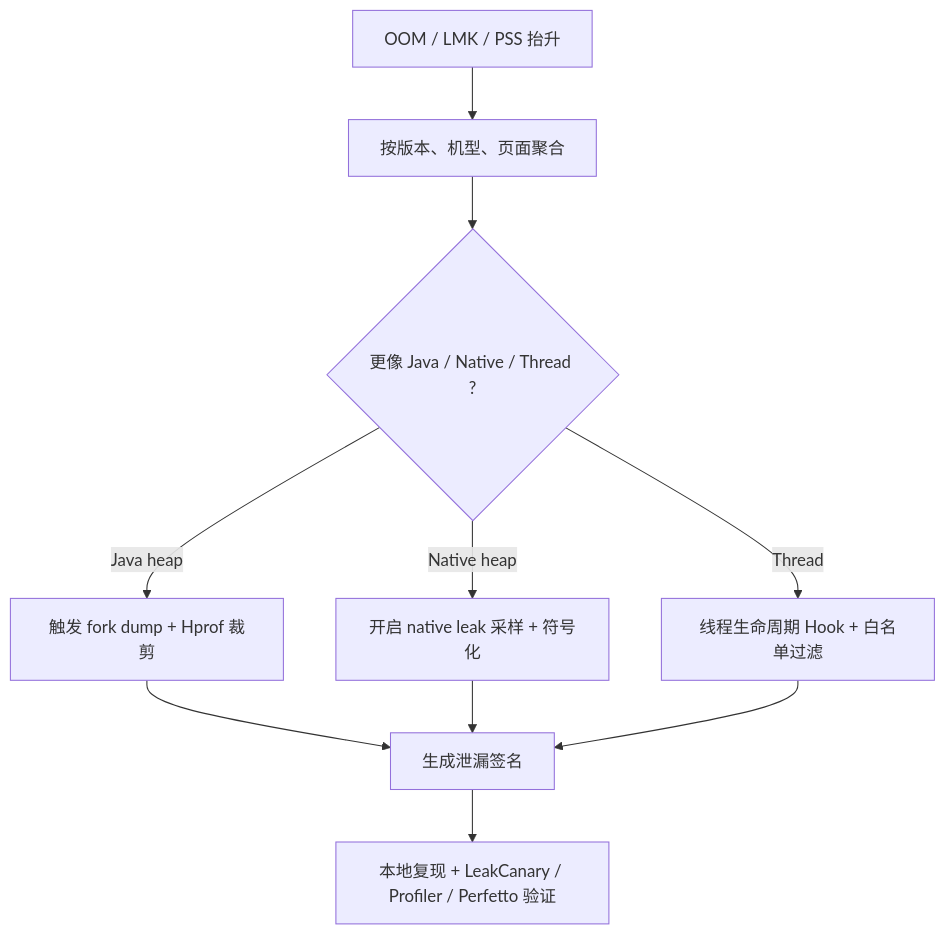
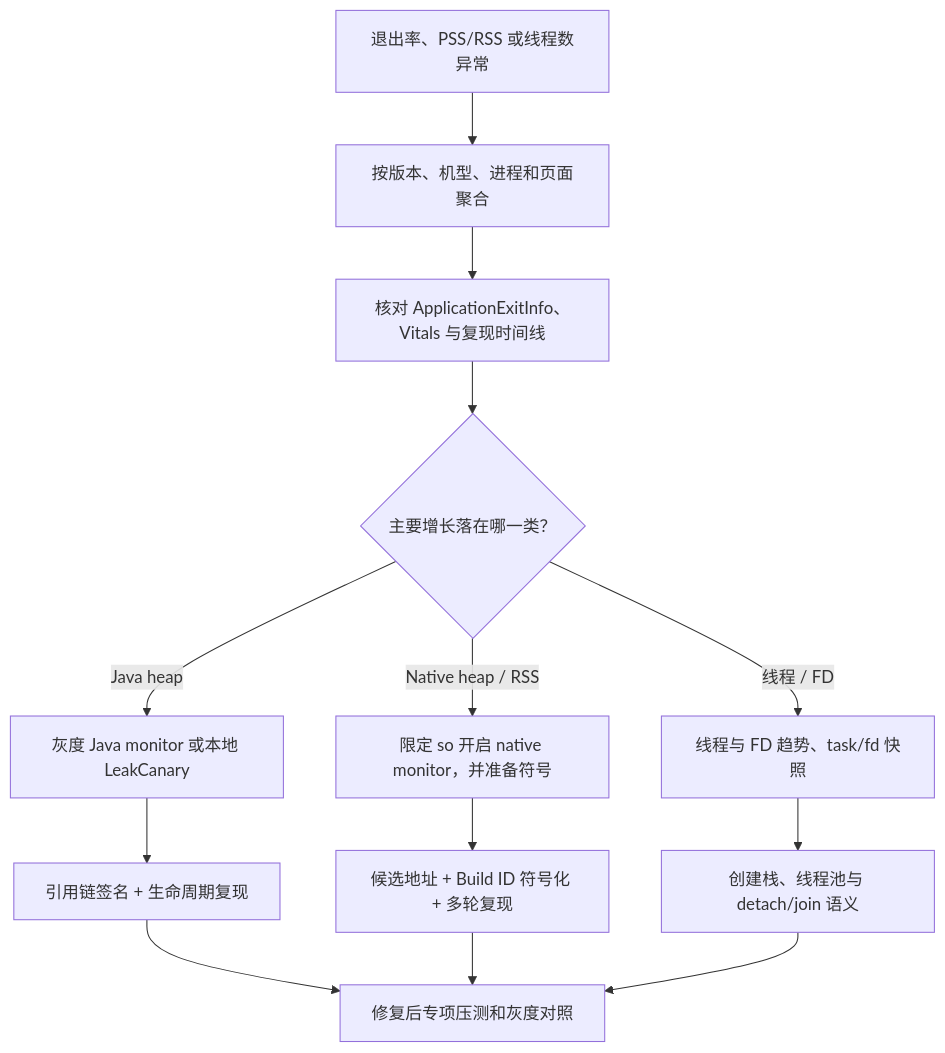
Before and after one commit to Gracker/android-internals-wiki: the diagram in src/part3-tools/ch19-apm/03-koom.md, drawn with Mermaid. The commit also changed other lines of this file, not shown here.

````diff
--- a/src/part3-tools/ch19-apm/03-koom.md
+++ b/src/part3-tools/ch19-apm/03-koom.md
@@ -242,12 +201,15 @@
 ```mermaid
 flowchart TD
-    A["OOM / LMK / PSS 抬升"] --> B["按版本、机型、页面聚合"]
-    B --> C{"更像 Java / Native / Thread ?"}
-    C -->|Java heap| D["触发 fork dump + Hprof 裁剪"]
-    C -->|Native heap| E["开启 native leak 采样 + 符号化"]
-    C -->|Thread| F["线程生命周期 Hook + 白名单过滤"]
-    D --> G["生成泄漏签名"]
-    E --> G
-    F --> G
-    G --> H["本地复现 + LeakCanary / Profiler / Perfetto 验证"]
+    A["退出率、PSS/RSS 或线程数异常"] --> B["按版本、机型、进程和页面聚合"]
+    B --> C["核对 ApplicationExitInfo、Vitals 与复现时间线"]
+    C --> D{"主要增长落在哪一类？"}
+    D -->|Java heap| E["灰度 Java monitor 或本地 LeakCanary"]
+    D -->|Native heap / RSS| F["限定 so 开启 native monitor，并准备符号"]
+    D -->|线程 / FD| G["线程与 FD 趋势、task/fd 快照"]
+    E --> H["引用链签名 + 生命周期复现"]
+    F --> I["候选地址 + Build ID 符号化 + 多轮复现"]
+    G --> J["创建栈、线程池与 detach/join 语义"]
+    H --> K["修复后专项压测和灰度对照"]
+    I --> K
+    J --> K
 ```
````
